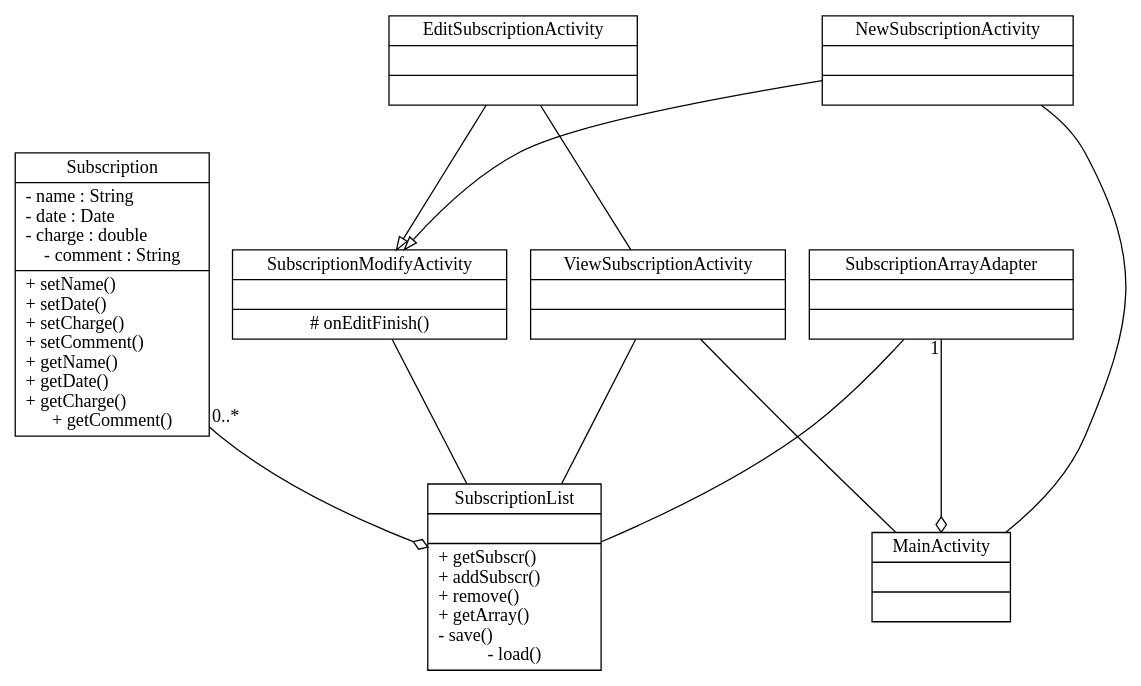
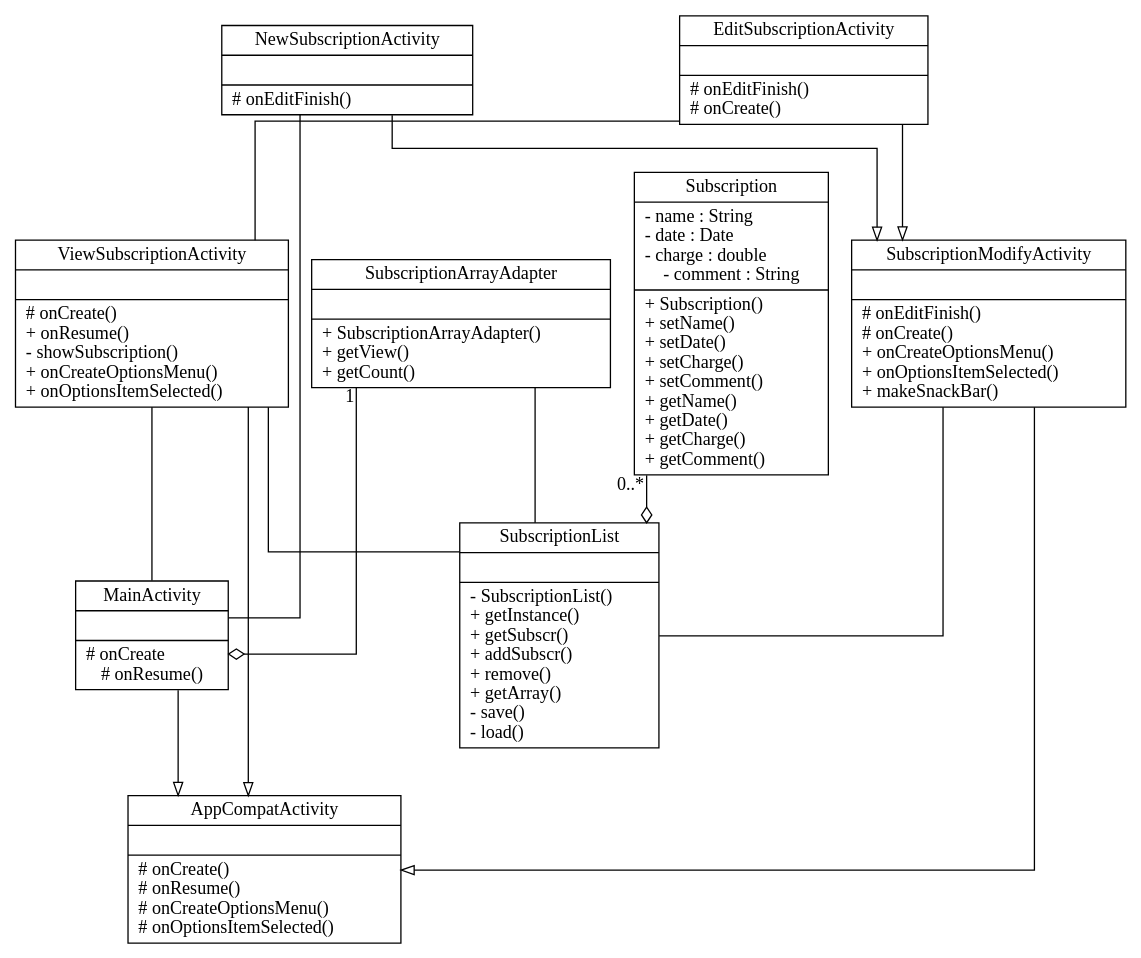
Before and after one commit to Petelliott/pelliott-SubBook: the diagram in doc/uml-subbook.dot, drawn with Graphviz. The commit also changed 1 other file, not shown here.

Commit message:
did more uml documentation

```diff
--- a/doc/uml-subbook.dot
+++ b/doc/uml-subbook.dot
@@ -1,34 +1,41 @@
 digraph G {
+    splines=ortho;
+
     Subscription[
         shape=record
-        label="{Subscription|- name : String\l- date : Date\l- charge : double\l- comment : String|+ setName()\l+ setDate()\l+ setCharge()\l+ setComment()\l+ getName()\l+ getDate()\l+ getCharge()\l+ getComment()}"
+        label="{Subscription|- name : String\l- date : Date\l- charge : double\l- comment : String|+ Subscription()\l+ setName()\l+ setDate()\l+ setCharge()\l+ setComment()\l+ getName()\l+ getDate()\l+ getCharge()\l+ getComment()\l}"
     ];
 
     SubscriptionList[
         shape=record
-        label="{SubscriptionList||+ getSubscr()\l+ addSubscr()\l+ remove()\l+ getArray()\l- save()\l- load()}"
+        label="{SubscriptionList||- SubscriptionList()\l+ getInstance()\l+ getSubscr()\l+ addSubscr()\l+ remove()\l+ getArray()\l- save()\l- load()\l}"
     ];
 
     Subscription->SubscriptionList[arrowhead="odiamond",taillabel = "0..*"];
 
-    MainActivity[shape=record,label="{MainActivity||}"];
-    ViewSubscriptionActivity[shape=record,label="{ViewSubscriptionActivity||}"];
-    SubscriptionModifyActivity[shape=record,label="{SubscriptionModifyActivity||# onEditFinish()}"];
+    MainActivity[shape=record,label="{MainActivity||# onCreate\l# onResume()}"];
+    ViewSubscriptionActivity[shape=record,label="{ViewSubscriptionActivity||# onCreate()\l+ onResume()\l- showSubscription()\l+ onCreateOptionsMenu()\l+ onOptionsItemSelected()\l}"];
+    SubscriptionModifyActivity[shape=record,label="{SubscriptionModifyActivity||# onEditFinish()\l# onCreate()\l+ onCreateOptionsMenu()\l+ onOptionsItemSelected()\l+ makeSnackBar()\l}"];
 
     ViewSubscriptionActivity->SubscriptionList[arrowhead="none"];
     ViewSubscriptionActivity->MainActivity[arrowhead="none"];
     SubscriptionModifyActivity->SubscriptionList[arrowhead="none"];
 
-    SubscriptionArrayAdapter[shape="record", label="{SubscriptionArrayAdapter||}"];
+    SubscriptionArrayAdapter[shape="record", label="{SubscriptionArrayAdapter||+ SubscriptionArrayAdapter()\l+ getView()\l+ getCount()\l}"];
     SubscriptionArrayAdapter->MainActivity[arrowhead="odiamond",taillabel="1"];
     SubscriptionArrayAdapter->SubscriptionList[arrowhead="none"];
 
-    EditSubscriptionActivity[shape=record,label="{EditSubscriptionActivity||}"];
-    NewSubscriptionActivity[shape=record,label="{NewSubscriptionActivity||}"];
+    EditSubscriptionActivity[shape=record,label="{EditSubscriptionActivity||# onEditFinish()\l# onCreate()\l}"];
+    NewSubscriptionActivity[shape=record,label="{NewSubscriptionActivity||# onEditFinish()\l}"];
 
     EditSubscriptionActivity->SubscriptionModifyActivity[arrowhead="onormal"];
     NewSubscriptionActivity->SubscriptionModifyActivity[arrowhead="onormal"];
 
     NewSubscriptionActivity->MainActivity[arrowhead="none"];
     EditSubscriptionActivity->ViewSubscriptionActivity[arrowhead="none"];
+
+    Activity[shape=record,label="{AppCompatActivity||# onCreate()\l# onResume()\l# onCreateOptionsMenu()\l# onOptionsItemSelected()\l}"];
+    MainActivity->Activity[arrowhead="onormal"];
+    ViewSubscriptionActivity->Activity[arrowhead="onormal"];
+    SubscriptionModifyActivity->Activity[arrowhead="onormal"];
 }
```
